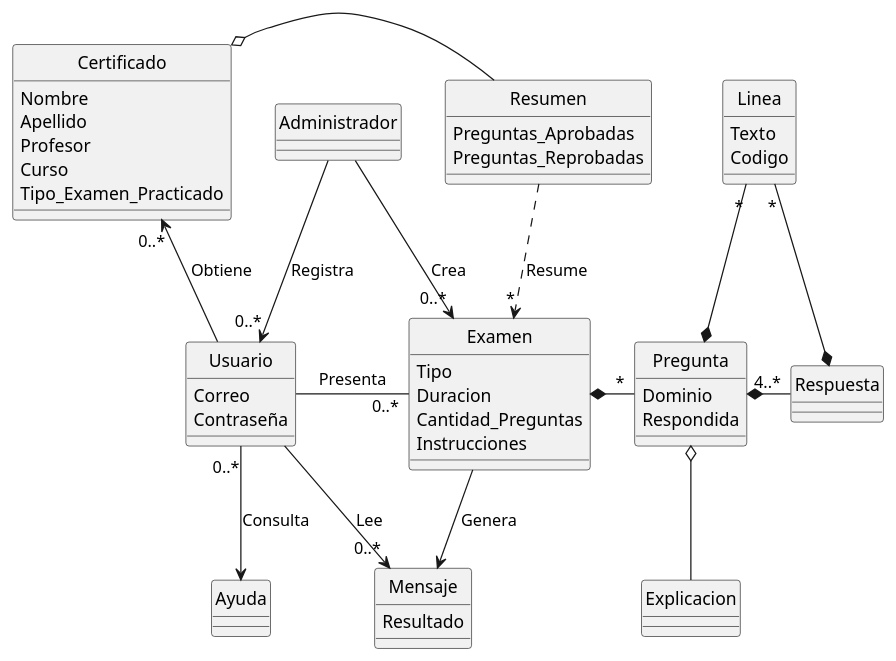
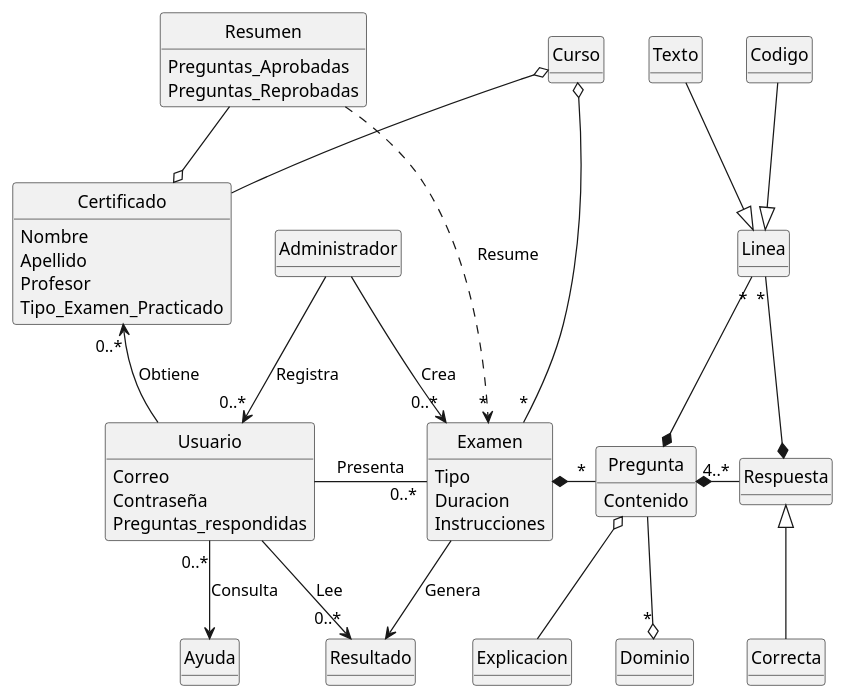
One commit to TheSProyect/Proyecto-IS-Grupo-1 changed the diagram in docs/scenariosView/DomainClassDiagram.plantuml. Above: the diagram before and after it, drawn with PlantUML.

Commit message:
Diagrama de clases del dominio v2

```diff
--- a/docs/scenariosView/DomainClassDiagram.plantuml
+++ b/docs/scenariosView/DomainClassDiagram.plantuml
@@ -1,82 +1,96 @@
 @startuml 
 
 skinparam style strictuml
+hide methods 
 
 class "Administrador" as Admin
 
 class "Certificado" as Certify {
     Nombre
     Apellido
     Profesor
-    Curso
     Tipo_Examen_Practicado
 }
 
 class "Usuario" as User {
     Correo
     Contraseña
+    Preguntas_respondidas
 }
 
 class "Examen" as Exam {
     Tipo
-    Duracion 
-    Cantidad_Preguntas
+    Duracion
     Instrucciones
 }
 
 class "Pregunta" as Question{
-    Dominio
-    Respondida
+    Contenido
 }
 
-class "Respuesta" as Answer{
-    
-}
+class "Respuesta" as Answer
+
+class "Correcta" as Correct
 
 class "Resumen" as Summary{
     Preguntas_Aprobadas
     Preguntas_Reprobadas
 }
 
+class "Dominio" as Domain
+
+class "Curso" as Course
+
 class "Explicacion" as Explanation
 
-class "Linea" as Code {
-    Texto 
-    Codigo
-}
+class "Linea" as Line
+
+class "Texto" as Text
+
+class "Codigo" as Code
 
 class "Ayuda" as Help
 
-class "Mensaje" as Message {
-    Resultado
-}
+class "Resultado" as Result
 
 Question o-- Explanation
 
 Admin --> "0..*" Exam : Crea
 
 Admin --> "0..*" User : Registra
 
 Question *-r- "4..*" Answer 
 
 User -r- "0..*" Exam : Presenta
 
 Exam *-r- "*" Question
 
-Summary -l-o Certify 
+Summary -d-o Certify 
 
 Certify "0..*" <-down- User : Obtiene
 
-Code "*" --* Answer
+Line "*" --* Answer
 
-Code "*" --* Question
+Line "*" --* Question
 
 Summary ..> "*" Exam : Resume
 
 User "0..*" --> Help : Consulta
 
-User --> "0..*" Message : Lee
+User --> "0..*" Result : Lee
 
-Exam --> Message : Genera
+Exam --> Result : Genera
+
+Text -d-|> Line
+
+Code -d-|>Line
+
+Question -d-o "*" Domain
+
+Exam "*"-u-o Course
+
+Certify -u-o Course
+
+Correct -u-|> Answer
 
 @enduml
```
